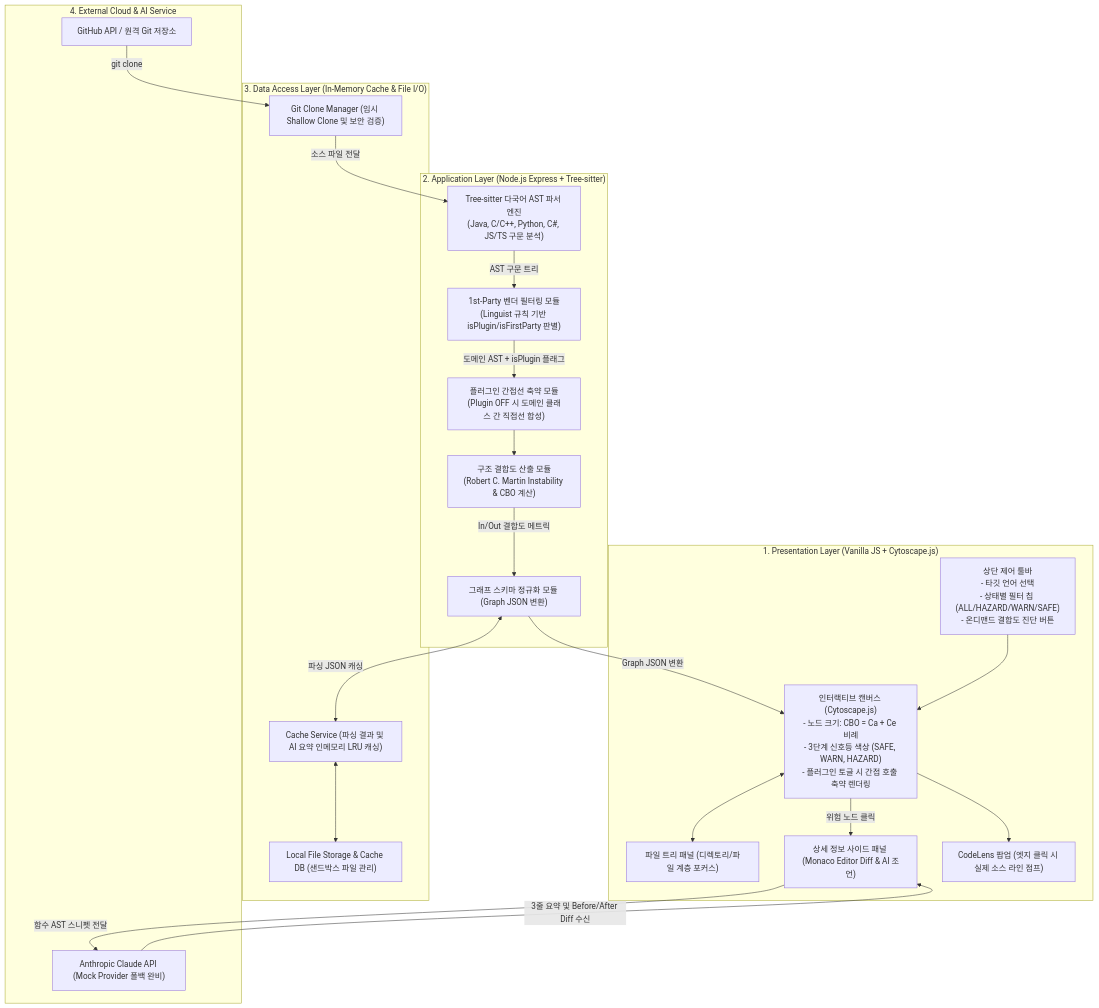
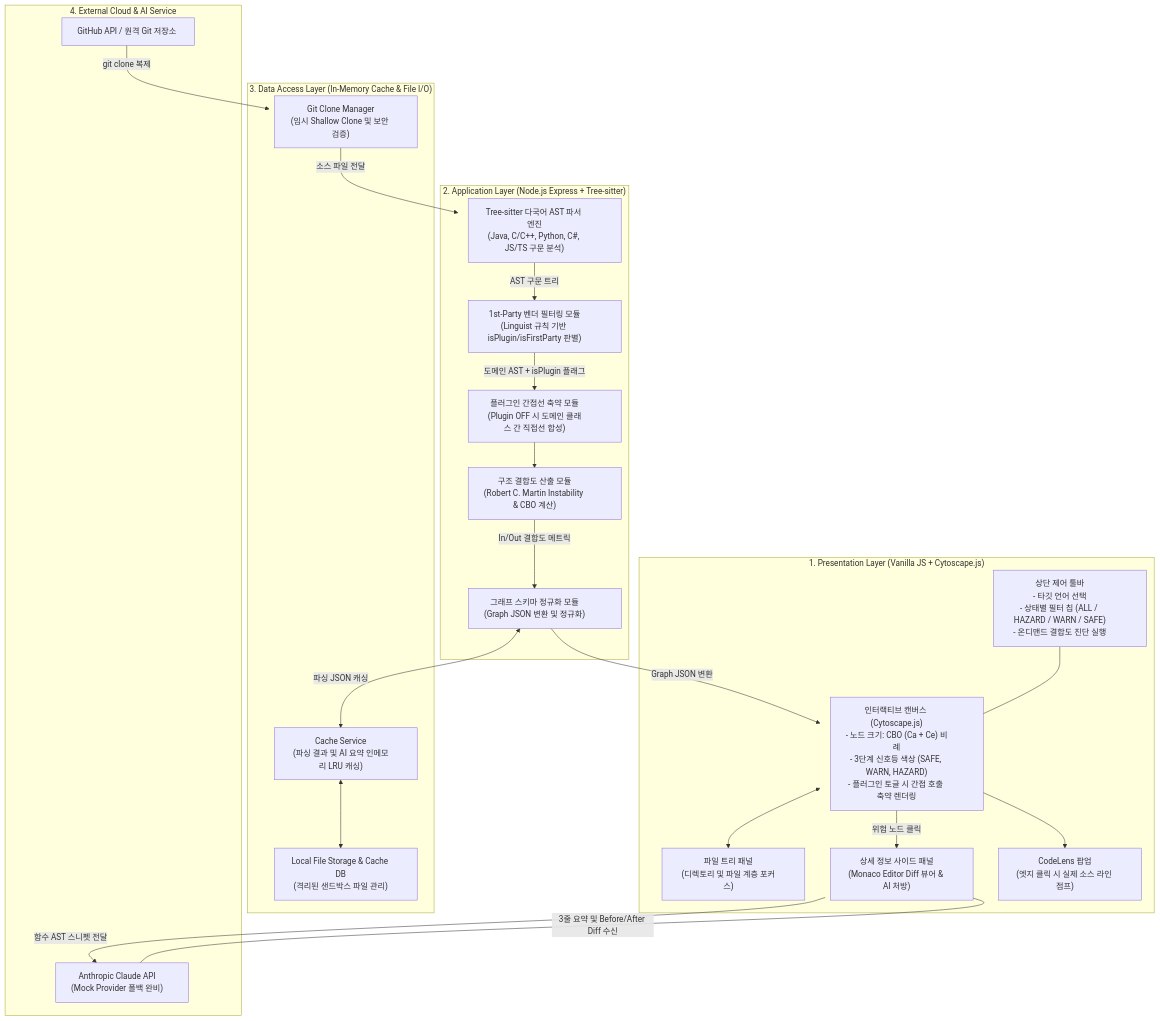
The diagram in docs/architecture.md (Jiin5906/CodeDiagram), drawn with Mermaid before and after one commit. The commit also changed 4 other files, not shown here.

Commit message:
fix(docs): Mermaid 다이어그램 한글 단어 슬라이싱 방지 스타일 및 줄바꿈 적용

````diff
--- a/docs/architecture.md
+++ b/docs/architecture.md
@@ -11,47 +11,63 @@
 ```mermaid
 flowchart TD
     subgraph PresentationLayer ["1. Presentation Layer (Vanilla JS + Cytoscape.js)"]
-        UI_Tree["파일 트리 패널 (디렉토리/파일 계층 포커스)"]
-        UI_Control["상단 제어 툴바<br>- 타깃 언어 선택<br>- 상태별 필터 칩 (ALL/HAZARD/WARN/SAFE)<br>- 온디맨드 결합도 진단 버튼"]
-        UI_Canvas["인터랙티브 캔버스 (Cytoscape.js)<br>- 노드 크기: CBO = Ca + Ce 비례<br>- 3단계 신호등 색상 (SAFE, WARN, HAZARD)<br>- 플러그인 토글 시 간접 호출 축약 렌더링"]
-        UI_Panel["상세 정보 사이드 패널 (Monaco Editor Diff & AI 조언)"]
-        UI_CodeLens["CodeLens 팝업 (엣지 클릭 시 실제 소스 라인 점프)"]
+        UI_Tree["파일 트리 패널<br/>(디렉토리 및 파일 계층 포커스)"]
+        UI_Control["상단 제어 툴바<br/>- 타깃 언어 선택<br/>- 상태별 필터 칩 (ALL / HAZARD / WARN / SAFE)<br/>- 온디맨드 결합도 진단 실행"]
+        UI_Canvas["인터랙티브 캔버스 (Cytoscape.js)<br/>- 노드 크기: CBO (Ca + Ce) 비례<br/>- 3단계 신호등 색상 (SAFE, WARN, HAZARD)<br/>- 플러그인 토글 시 간접 호출 축약 렌더링"]
+        UI_Panel["상세 정보 사이드 패널<br/>(Monaco Editor Diff 뷰어 & AI 처방)"]
+        UI_CodeLens["CodeLens 팝업<br/>(엣지 클릭 시 실제 소스 라인 점프)"]
     end
 
     subgraph ApplicationLayer ["2. Application Layer (Node.js Express + Tree-sitter)"]
-        App_Parser["Tree-sitter 다국어 AST 파서 엔진<br>(Java, C/C++, Python, C#, JS/TS 구문 분석)"]
-        App_Filter["1st-Party 벤더 필터링 모듈<br>(Linguist 규칙 기반 isPlugin/isFirstParty 판별)"]
-        App_Toggle["플러그인 간접선 축약 모듈<br>(Plugin OFF 시 도메인 클래스 간 직접선 합성)"]
-        App_Metrics["구조 결합도 산출 모듈<br>(Robert C. Martin Instability & CBO 계산)"]
-        App_Schema["그래프 스키마 정규화 모듈 (Graph JSON 변환)"]
+        App_Parser["Tree-sitter 다국어 AST 파서 엔진<br/>(Java, C/C++, Python, C#, JS/TS 구문 분석)"]
+        App_Filter["1st-Party 벤더 필터링 모듈<br/>(Linguist 규칙 기반 isPlugin/isFirstParty 판별)"]
+        App_Toggle["플러그인 간접선 축약 모듈<br/>(Plugin OFF 시 도메인 클래스 간 직접선 합성)"]
+        App_Metrics["구조 결합도 산출 모듈<br/>(Robert C. Martin Instability & CBO 계산)"]
+        App_Schema["그래프 스키마 정규화 모듈<br/>(Graph JSON 변환 및 정규화)"]
     end
 
     subgraph DataAccessLayer ["3. Data Access Layer (In-Memory Cache & File I/O)"]
-        DA_Git["Git Clone Manager (임시 Shallow Clone 및 보안 검증)"]
-        DA_Cache["Cache Service (파싱 결과 및 AI 요약 인메모리 LRU 캐싱)"]
-        DA_Storage["Local File Storage & Cache DB (샌드박스 파일 관리)"]
+        DA_Git["Git Clone Manager<br/>(임시 Shallow Clone 및 보안 검증)"]
+        DA_Cache["Cache Service<br/>(파싱 결과 및 AI 요약 인메모리 LRU 캐싱)"]
+        DA_Storage["Local File Storage & Cache DB<br/>(격리된 샌드박스 파일 관리)"]
     end
 
     subgraph ExternalCloud ["4. External Cloud & AI Service"]
         Ext_GitHub["GitHub API / 원격 Git 저장소"]
-        Ext_Claude["Anthropic Claude API (Mock Provider 폴백 완비)"]
+        Ext_Claude["Anthropic Claude API<br/>(Mock Provider 폴백 완비)"]
     end
 
     %% 데이터 흐름
-    Ext_GitHub -->|git clone| DA_Git
+    Ext_GitHub -->|git clone 복제| DA_Git
     DA_Git -->|소스 파일 전달| App_Parser
     App_Parser -->|AST 구문 트리| App_Filter
     App_Filter -->|도메인 AST + isPlugin 플래그| App_Toggle
     App_Toggle --> App_Metrics
     App_Metrics -->|In/Out 결합도 메트릭| App_Schema
     App_Schema -->|Graph JSON 변환| UI_Canvas
     App_Schema <-->|파싱 JSON 캐싱| DA_Cache
     DA_Cache <--> DA_Storage
 
     UI_Control --> UI_Canvas
     UI_Canvas <--> UI_Tree
     UI_Canvas --> UI_CodeLens
     UI_Canvas -->|위험 노드 클릭| UI_Panel
     UI_Panel -->|함수 AST 스니펫 전달| Ext_Claude
     Ext_Claude -->|3줄 요약 및 Before/After Diff 수신| UI_Panel
+
+    style UI_Tree width:280px
+    style UI_Control width:300px
+    style UI_Canvas width:300px
+    style UI_Panel width:280px
+    style UI_CodeLens width:280px
+    style App_Parser width:300px
+    style App_Filter width:300px
+    style App_Toggle width:300px
+    style App_Metrics width:300px
+    style App_Schema width:300px
+    style DA_Git width:280px
+    style DA_Cache width:280px
+    style DA_Storage width:280px
+    style Ext_GitHub width:260px
+    style Ext_Claude width:260px
 ```
````
